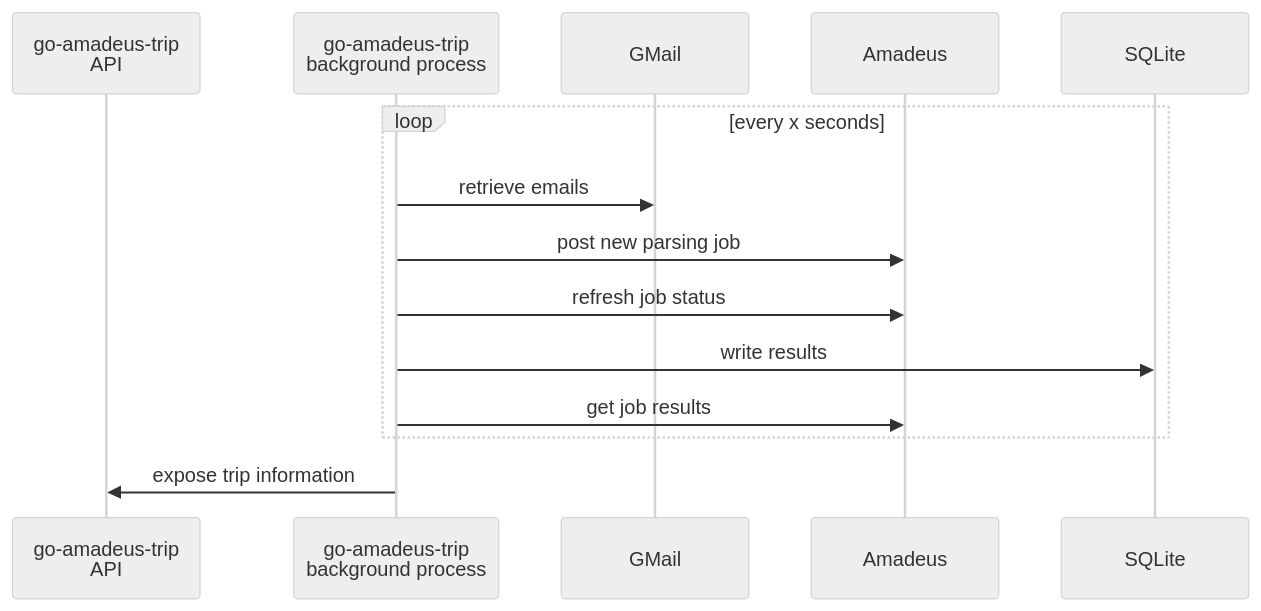
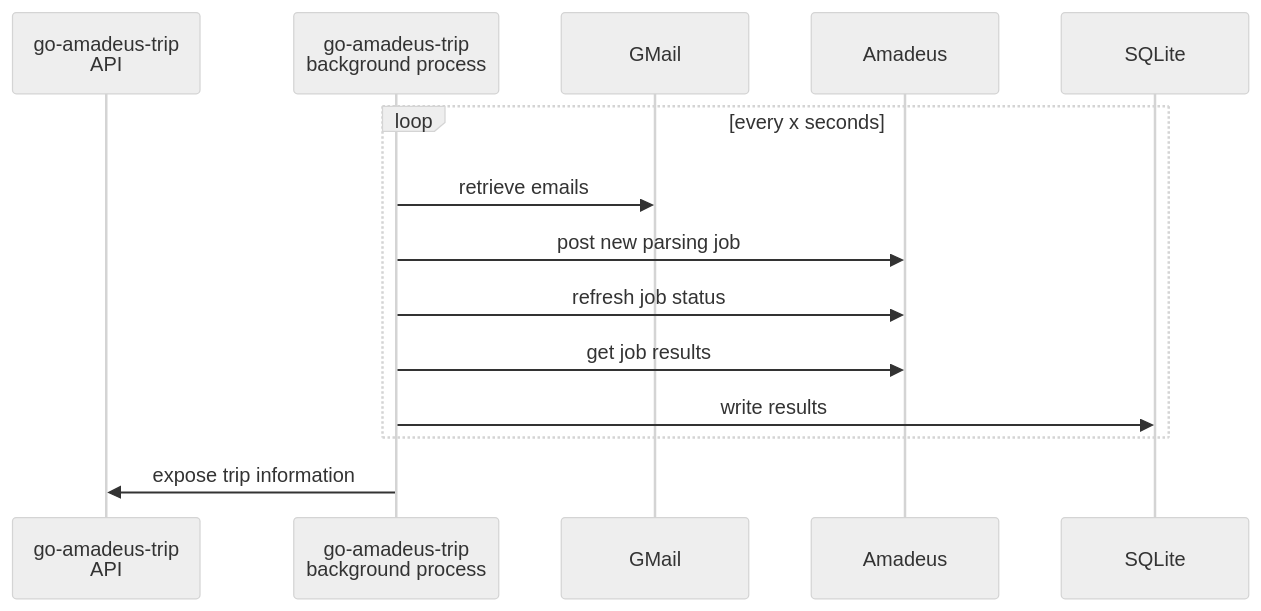
One commit to esys/go-amadeus-trip changed the diagram in doc/flowchart.mermaid. Above: the diagram before and after it, drawn with Mermaid (neutral theme). The commit also changed other lines of this file and 3 other files, not shown here.

```diff
--- a/doc/flowchart.mermaid
+++ b/doc/flowchart.mermaid
@@ -1,14 +1,14 @@
 sequenceDiagram
   participant GA as go-amadeus-trip<br>API
   participant BG as go-amadeus-trip<br>background process
   participant M as GMail
   participant A as Amadeus
   participant D as SQLite
   loop every x seconds
     BG ->> M: retrieve emails
     BG ->> A: post new parsing job
     BG ->> A: refresh job status
+    BG ->> A: get job results
     BG ->> D: write results
-    BG ->> A: get job results
   end
   BG ->> GA: expose trip information
```
